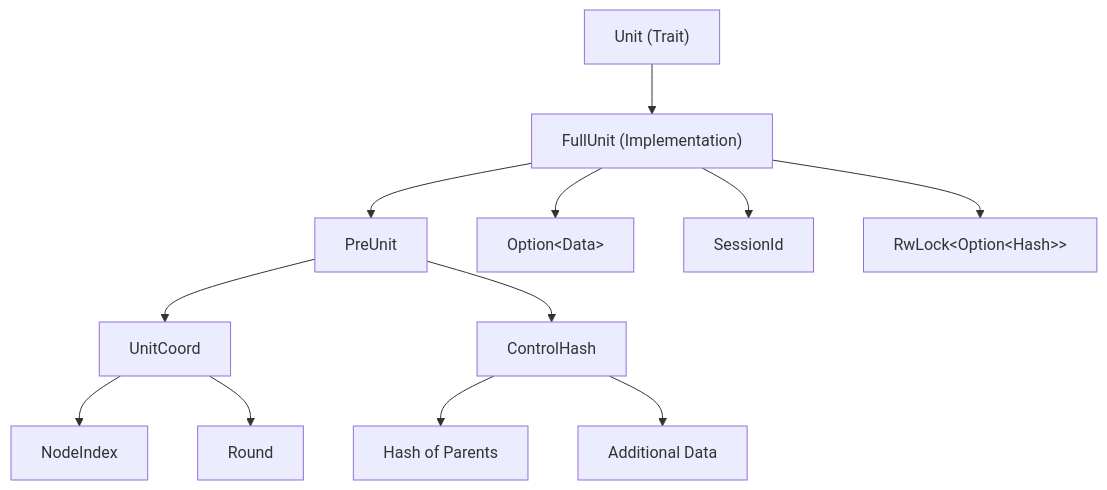
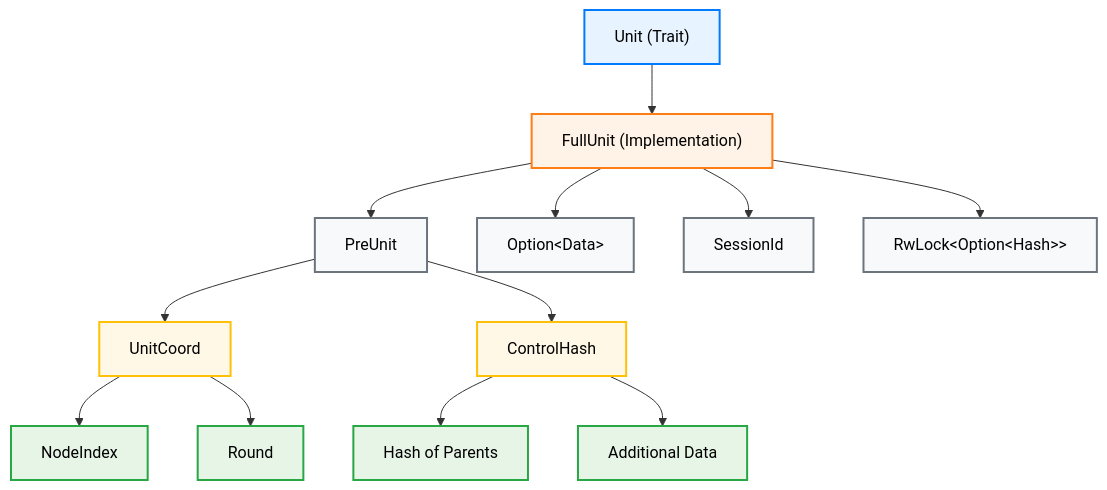
Before and after one commit to ljg-cqu/knowledge: the fourth of 4 diagrams in Blockchain/Networks/Aleph Zero/AlephBFT/AlephBFT Consensus Protocol- Technical Analysis.md, drawn with Mermaid. The commit also changed other lines of this file, not shown here.

First line of the commit message:
Updates flowchart styles for better readability

````diff
--- a/Blockchain/Networks/Aleph Zero/AlephBFT/AlephBFT Consensus Protocol- Technical Analysis.md
+++ b/Blockchain/Networks/Aleph Zero/AlephBFT/AlephBFT Consensus Protocol- Technical Analysis.md
@@ -390,18 +390,31 @@
 ```mermaid
 graph TD
     Unit["Unit (Trait)"] --> FullUnit["FullUnit (Implementation)"]
     
     FullUnit --> PreUnit
     FullUnit --> Data["Option&lt;Data&gt;"]
     FullUnit --> SessionId
     FullUnit --> Hash["RwLock&lt;Option&lt;Hash&gt;&gt;"]
 
     PreUnit --> UnitCoord
     PreUnit --> ControlHash
     
     UnitCoord --> Creator["NodeIndex"]
     UnitCoord --> Round
 
     ControlHash --> ParentHash["Hash of Parents"]
     ControlHash --> AdditionalData["Additional Data"]
+    
+    style Unit fill:#e7f3ff,stroke:#007bff,stroke-width:2px,color:#000
+    style FullUnit fill:#fff2e7,stroke:#fd7e14,stroke-width:2px,color:#000
+    style PreUnit fill:#f8f9fa,stroke:#6c757d,stroke-width:2px,color:#000
+    style Data fill:#f8f9fa,stroke:#6c757d,stroke-width:2px,color:#000
+    style SessionId fill:#f8f9fa,stroke:#6c757d,stroke-width:2px,color:#000
+    style Hash fill:#f8f9fa,stroke:#6c757d,stroke-width:2px,color:#000
+    style UnitCoord fill:#fff8e7,stroke:#ffc107,stroke-width:2px,color:#000
+    style ControlHash fill:#fff8e7,stroke:#ffc107,stroke-width:2px,color:#000
+    style Creator fill:#e7f5e7,stroke:#28a745,stroke-width:2px,color:#000
+    style Round fill:#e7f5e7,stroke:#28a745,stroke-width:2px,color:#000
+    style ParentHash fill:#e7f5e7,stroke:#28a745,stroke-width:2px,color:#000
+    style AdditionalData fill:#e7f5e7,stroke:#28a745,stroke-width:2px,color:#000
 ```
````
